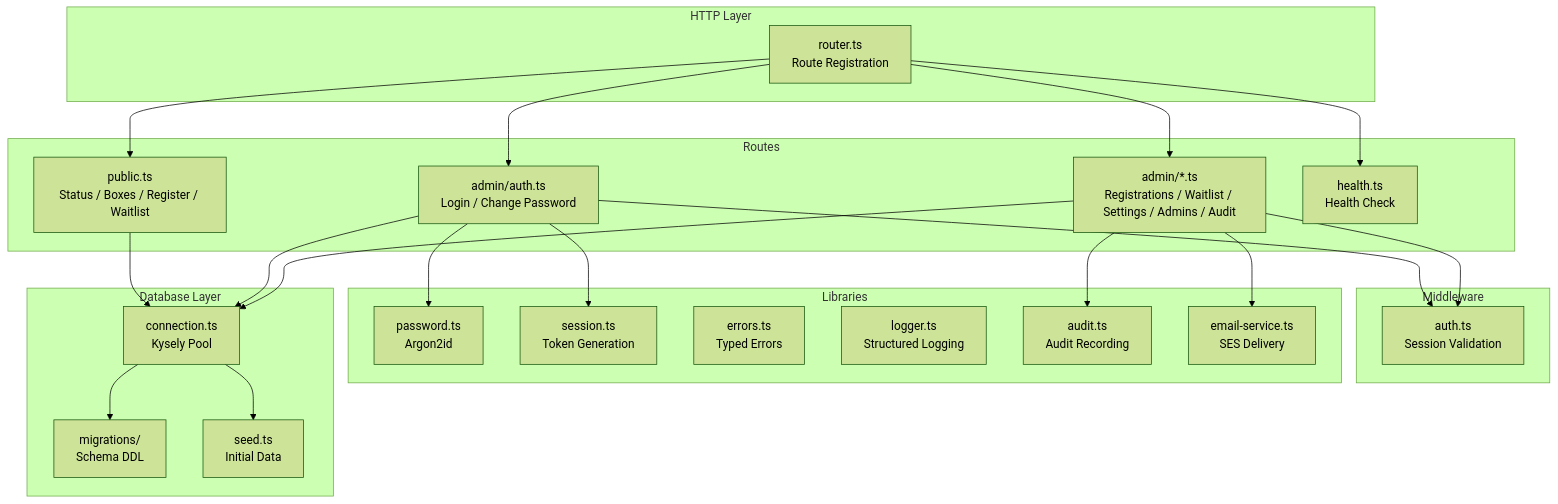
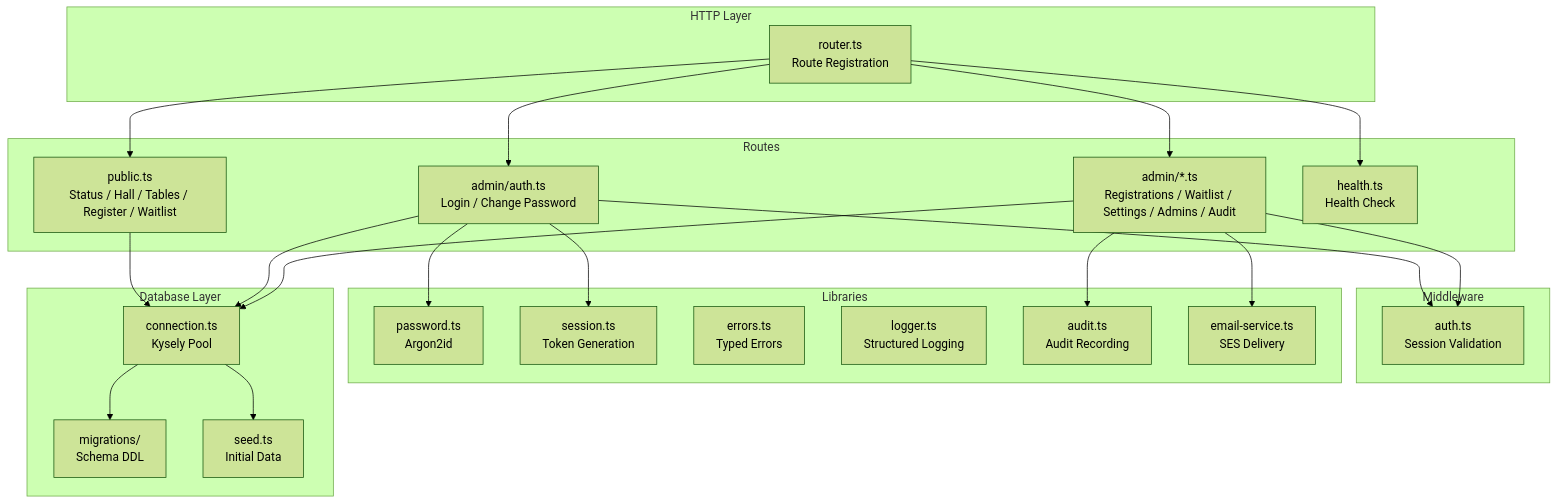
One commit to ammonl/loppemarked changed the fourth of 7 diagrams in docs/architecture.md. Above: the diagram before and after it, drawn with Mermaid (forest theme). The commit also changed other lines of this file and 74 other files, not shown here.

First line of the commit message:
feat(db): reset schema to flea-market table domain (#99)

````diff
--- a/docs/architecture.md
+++ b/docs/architecture.md
@@ -134,48 +130,48 @@
 ```mermaid
 graph TB
     subgraph "HTTP Layer"
         ROUTER[router.ts<br/>Route Registration]
     end
 
     subgraph "Routes"
-        PUB[public.ts<br/>Status / Boxes / Register / Waitlist]
+        PUB[public.ts<br/>Status / Hall / Tables / Register / Waitlist]
         AUTH[admin/auth.ts<br/>Login / Change Password]
         ADMIN[admin/*.ts<br/>Registrations / Waitlist / Settings / Admins / Audit]
         HEALTH[health.ts<br/>Health Check]
     end
 
     subgraph "Middleware"
         AUTHMW[auth.ts<br/>Session Validation]
     end
 
     subgraph "Libraries"
         PWD[password.ts<br/>Argon2id]
         SESS[session.ts<br/>Token Generation]
         ERR[errors.ts<br/>Typed Errors]
         LOG[logger.ts<br/>Structured Logging]
         AUD[audit.ts<br/>Audit Recording]
         EMAIL[email-service.ts<br/>SES Delivery]
     end
 
     subgraph "Database Layer"
         CONN[connection.ts<br/>Kysely Pool]
         MIG[migrations/<br/>Schema DDL]
         SEED[seed.ts<br/>Initial Data]
     end
 
     ROUTER --> PUB
     ROUTER --> AUTH
     ROUTER --> ADMIN
     ROUTER --> HEALTH
     AUTH --> AUTHMW
     ADMIN --> AUTHMW
     AUTH --> PWD
     AUTH --> SESS
     ADMIN --> AUD
     ADMIN --> EMAIL
     PUB --> CONN
     AUTH --> CONN
     ADMIN --> CONN
     CONN --> MIG
     CONN --> SEED
 ```
````
